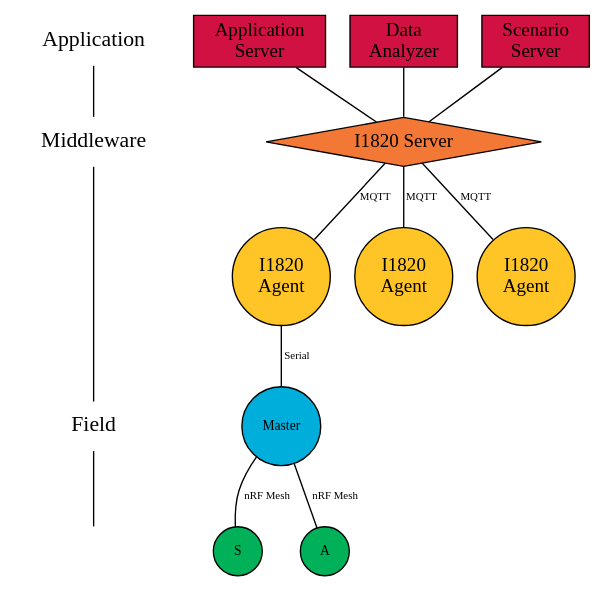
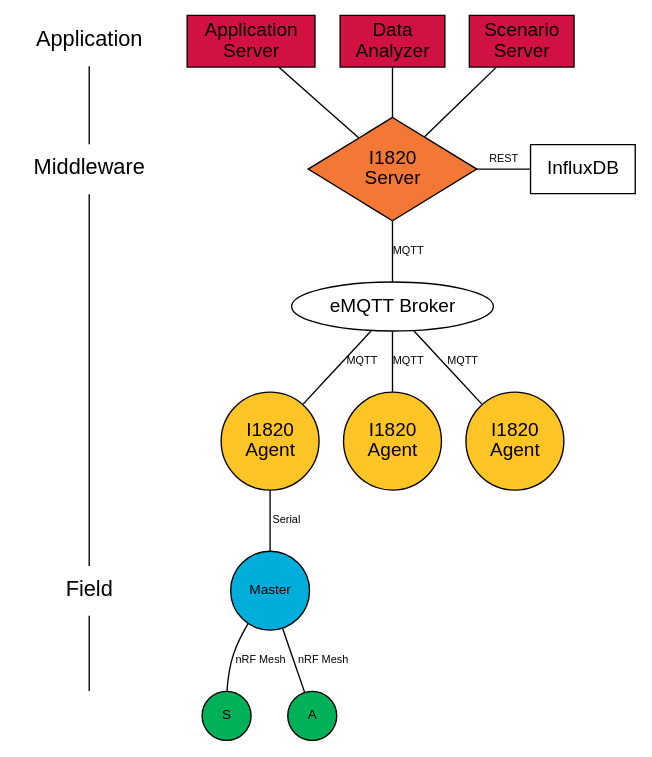
Before and after one commit to AoLab/AoLab.github.io: the diagram in documentation/architecture/architecture.dot, drawn with Graphviz.

Commit message:
Architecture was improved.

```diff
--- a/documentation/architecture/architecture.dot
+++ b/documentation/architecture/architecture.dot
@@ -1,48 +1,56 @@
 graph architecture {
+	graph [fontname = "helvetica"];
+	node [fontname = "helvetica"];
+	edge [fontname = "helvetica", fontsize=8];
+
 	{
 		node [shape=plaintext, fontsize=16];
 		/* the layer-line graph */
 		"Application" -- "Middleware" -- "Field" -- "";
 	}
 
 	{
 		rank=same;
-		"Middleware"; i1820;
+		"Middleware"; i1820; influx;
 	}
 
 	{
 		rank=same;
 		agent1; agent2; agent3;
 	}
 
 	{
 		rank=same
 		"Application"; aps; dan; scs;
 	}
 
 	{
 		rank=same;
 		"Field"; master;
 	}
 
 	aps -- i1820;
 	dan -- i1820;
 	scs -- i1820;
-	i1820 -- agent1 [label="MQTT", fontsize=8];
-	i1820 -- agent2 [label="MQTT", fontsize=8];
-	i1820 -- agent3 [label="MQTT", fontsize=8];
-	agent1 -- master [label="Serial", fontsize=8];
-	master -- ts [label="nRF Mesh", fontsize=8];
-	master -- ta [label="nRF Mesh", fontsize=8];
+	i1820 -- influx [label="REST"]
+	i1820 -- broker [label="MQTT"];
+	broker -- agent1 [label="MQTT"];
+	broker -- agent2 [label="MQTT"];
+	broker -- agent3 [label="MQTT"];
+	agent1 -- master [label="Serial"];
+	master -- ts [label="nRF Mesh"];
+	master -- ta [label="nRF Mesh"];
 
 	aps [shape=box, label="Application\nServer", fillcolor="#d11141", style=filled];
 	dan [shape=box, label="Data\nAnalyzer", fillcolor="#d11141", style=filled];
 	scs [shape=box, label="Scenario\nServer", fillcolor="#d11141", style=filled];
-	i1820 [shape=diamond, label="I1820 Server", fillcolor="#f37735", style=filled, width=1.8];
+	i1820 [shape=diamond, label="I1820\nServer", fillcolor="#f37735", style=filled, width=1.2];
+	influx [shape=box, label="InfluxDB"];
+	broker [shape=ellipse, label="eMQTT Broker"];
 	agent1 [shape=circle, label="I1820\nAgent", fillcolor="#ffc425", style=filled, width=1];
 	agent2 [shape=circle, label="I1820\nAgent", fillcolor="#ffc425", style=filled, width=1];
 	agent3 [shape=circle, label="I1820\nAgent", fillcolor="#ffc425", style=filled, width=1];
 	master [shape=circle, label="Master", fillcolor="#00aedb", style=filled, fontsize=10, width=.8, fixedsize=true];
 	ts [shape=circle, label="S", fillcolor="#00b159", style=filled, fontsize=10, width=.5, fixedsize=true];
 	ta [shape=circle, label="A", fillcolor="#00b159", style=filled, fontsize=10, width=.5, fixedsize=true];
 }
```
